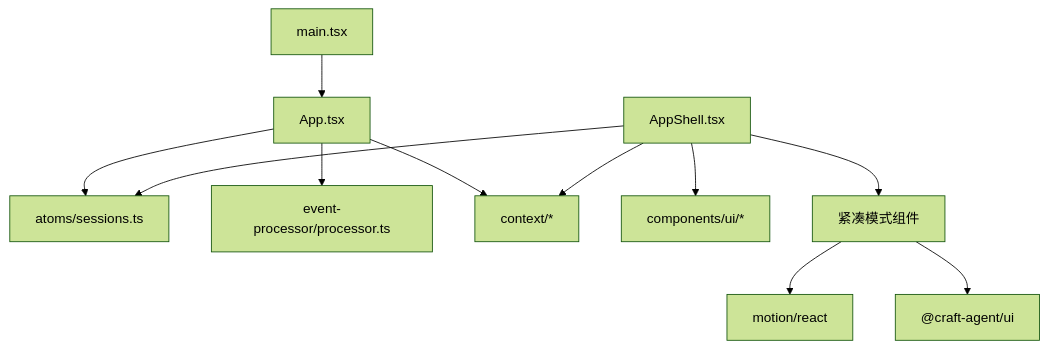
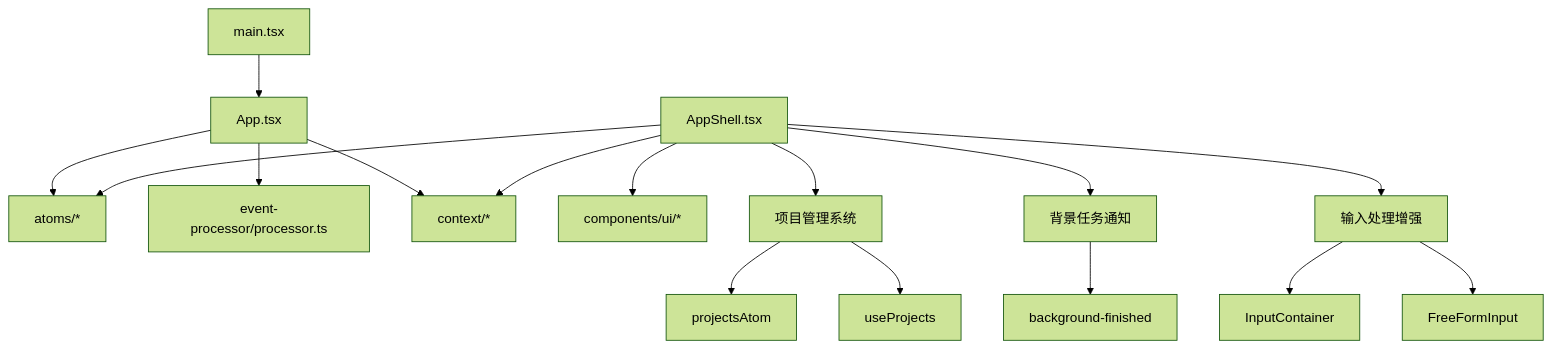
Diagram 13 of 13 in .qoder/repowiki/zh/content/桌面应用开发/渲染进程开发/渲染进程开发.md (haolange/craft-agents-oss), drawn with Mermaid (forest theme) before and after one commit. The commit also changed other lines of this file and 8 other files, not shown here.

````diff
--- a/.qoder/repowiki/zh/content/桌面应用开发/渲染进程开发/渲染进程开发.md
+++ b/.qoder/repowiki/zh/content/桌面应用开发/渲染进程开发/渲染进程开发.md
@@ -409,13 +545,18 @@
 ```mermaid
 graph TB
 Main["main.tsx"] --> App["App.tsx"]
-App --> Atoms["atoms/sessions.ts"]
+App --> Atoms["atoms/*"]
 App --> EP["event-processor/processor.ts"]
 App --> Ctx["context/*"]
 Shell["AppShell.tsx"] --> UI["components/ui/*"]
 Shell --> Ctx
 Shell --> Atoms
-Shell --> Compact["紧凑模式组件"]
-Compact --> Motion["motion/react"]
-Compact --> CraftUI["@craft-agent/ui"]
+Shell --> Projects["项目管理系统"]
+Shell --> Background["背景任务通知"]
+Shell --> Input["输入处理增强"]
+Projects --> ProjectsAtom["projectsAtom"]
+Projects --> UseProjects["useProjects"]
+Background --> BackgroundAtom["background-finished"]
+Input --> InputContainer["InputContainer"]
+Input --> FreeForm["FreeFormInput"]
 ```
````
